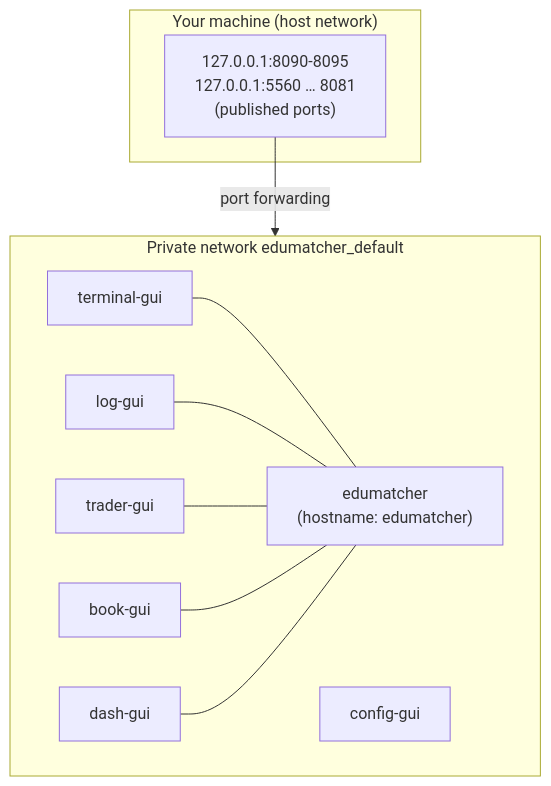
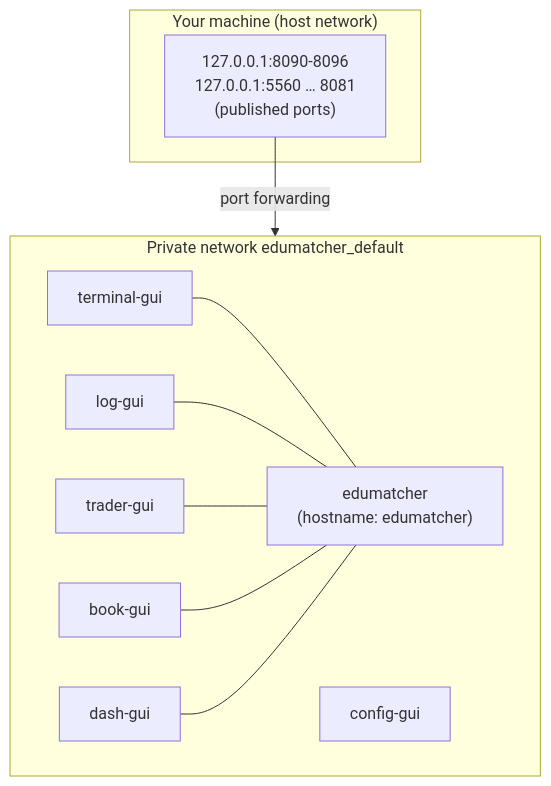
Before and after one commit to johan162/EduMatcher: diagram 12 of 16 in docs/books/operator-guide/part-1-install-and-deploy/030-container-deployment-walkthrough.md, drawn with Mermaid. The commit also changed other lines of this file and 114 other files, not shown here.

````diff
--- a/docs/books/operator-guide/part-1-install-and-deploy/030-container-deployment-walkthrough.md
+++ b/docs/books/operator-guide/part-1-install-and-deploy/030-container-deployment-walkthrough.md
@@ -695,22 +696,22 @@
 ```mermaid
 flowchart TB
     subgraph host["Your machine (host network)"]
-        LO["127.0.0.1:8090-8095\n127.0.0.1:5560 … 8081\n(published ports)"]
+        LO["127.0.0.1:8090-8096\n127.0.0.1:5560 … 8081\n(published ports)"]
     end
     subgraph net["Private network edumatcher_default"]
         direction LR
         E["edumatcher\n(hostname: edumatcher)"]
         T["terminal-gui"]
         L["log-gui"]
         TR["trader-gui"]
         B["book-gui"]
         DG["dash-gui"]
         C["config-gui"]
     end
     LO -->|"port forwarding"| net
     T --- E
     L --- E
     TR --- E
     B --- E
     DG --- E
 ```
````
